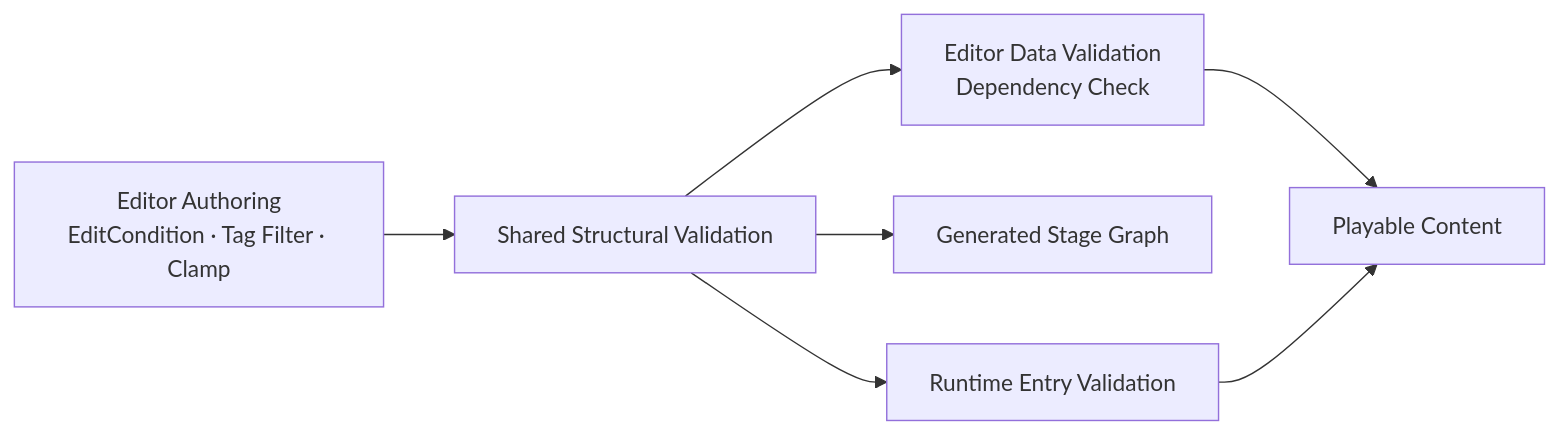
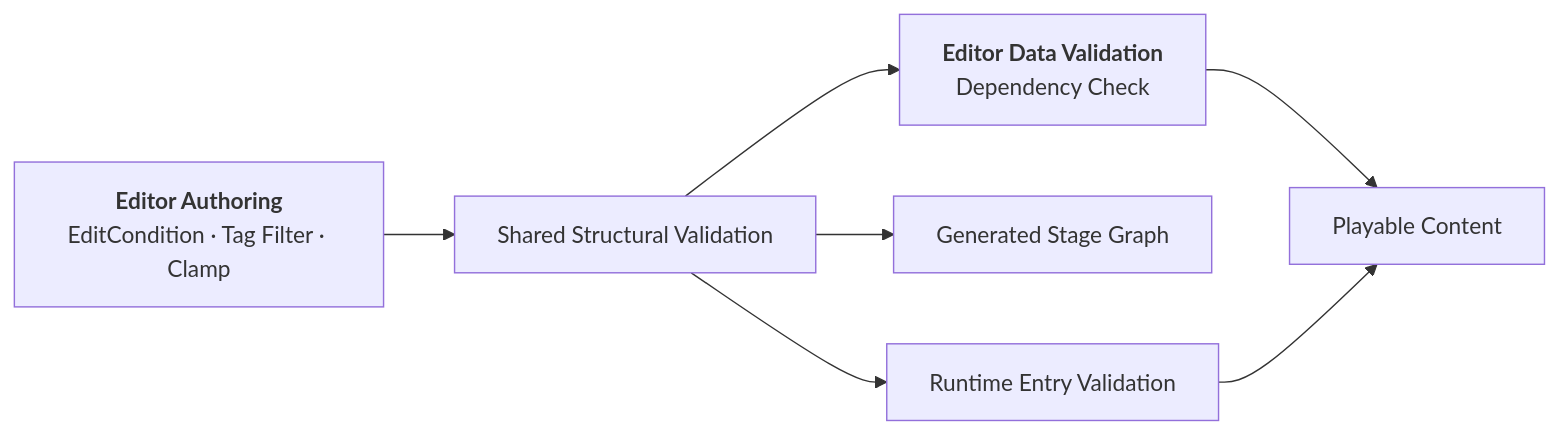
Before and after one commit to chungheonLee0325/Sonheim: the diagram in Doc/Wiki/13_Content_Authoring_Validation.md, drawn with Mermaid.

Commit message:
docs: standardize diagram labels and ui references

```diff
--- a/Doc/Wiki/13_Content_Authoring_Validation.md
+++ b/Doc/Wiki/13_Content_Authoring_Validation.md
@@ -18,16 +18,16 @@
 ~~~mermaid
 flowchart LR
-    AUTHOR["Editor Authoring<br/>EditCondition · Tag Filter · Clamp"]
+    AUTHOR["<b>Editor Authoring</b><br/>EditCondition · Tag Filter · Clamp"]
     CORE["Shared Structural Validation"]
-    EDITOR["Editor Data Validation<br/>Dependency Check"]
+    EDITOR["<b>Editor Data Validation</b><br/>Dependency Check"]
     GRAPH["Generated Stage Graph"]
     RUNTIME["Runtime Entry Validation"]
     PLAY["Playable Content"]
 
     AUTHOR --> CORE
     CORE --> EDITOR
     CORE --> GRAPH
     CORE --> RUNTIME
     EDITOR --> PLAY
     RUNTIME --> PLAY
 ~~~
```
